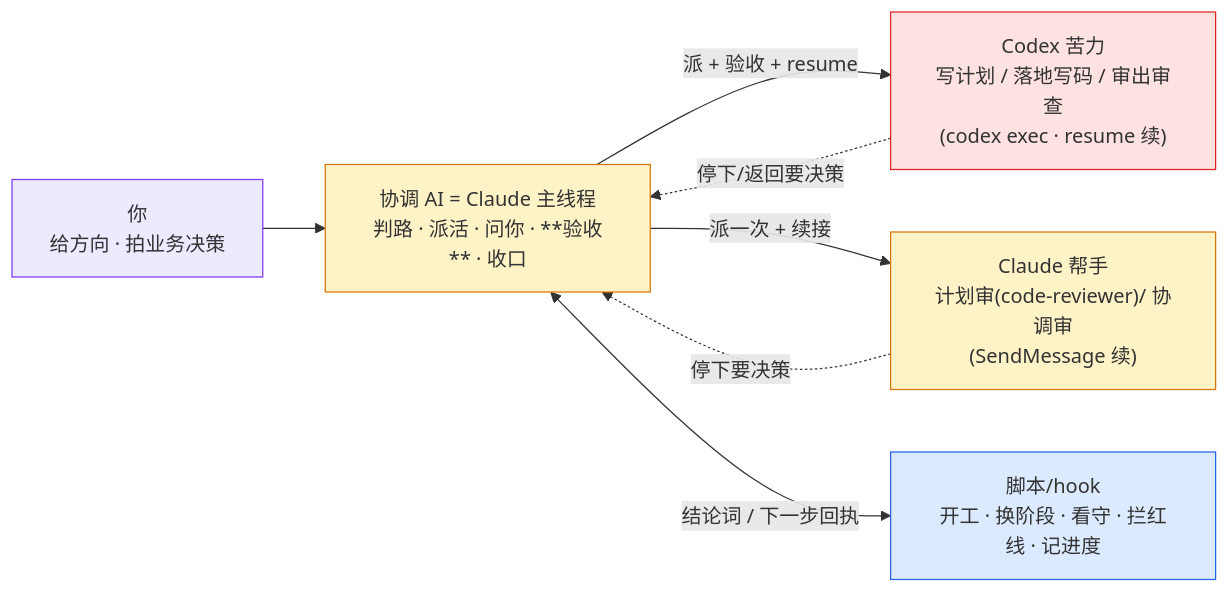
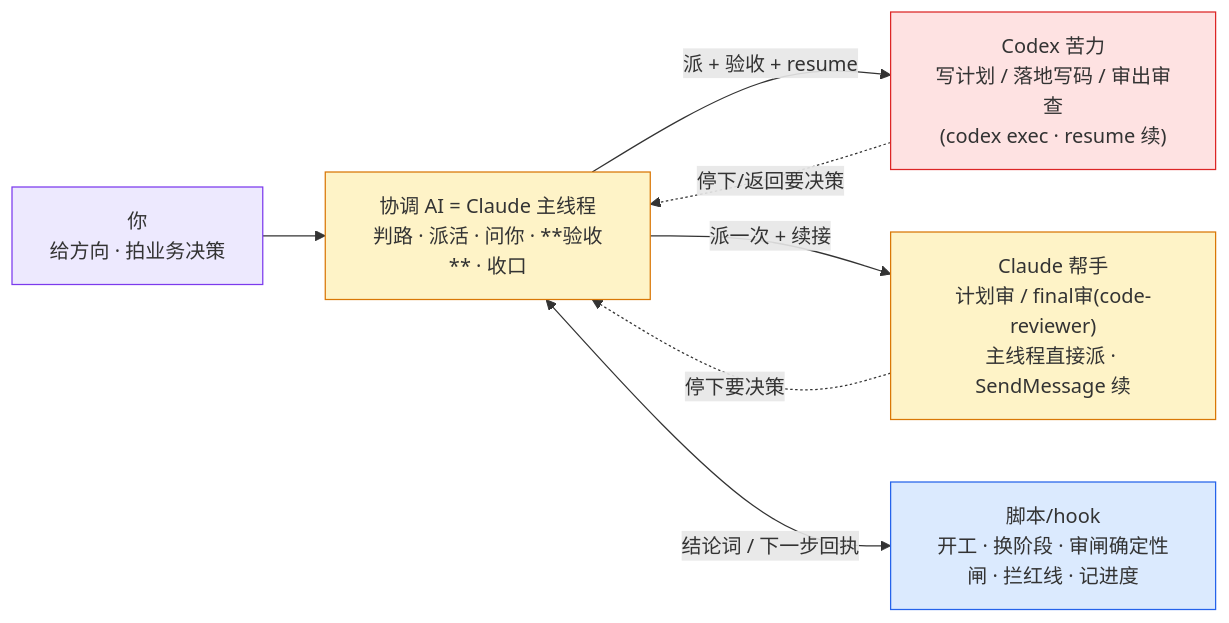
One commit to chancheuklap/multi-model-workflow changed the sixth of 10 diagrams in docs/plugin/OVERVIEW.md. Above: the diagram before and after it, drawn with Mermaid. The commit also changed other lines of this file, not shown here.

````diff
--- a/docs/plugin/OVERVIEW.md
+++ b/docs/plugin/OVERVIEW.md
@@ -298,20 +298,20 @@
 ```mermaid
 flowchart LR
     U["你<br/>给方向 · 拍业务决策"]:::p
     C["协调 AI = Claude 主线程<br/>判路 · 派活 · 问你 · **验收** · 收口"]:::ai
     X["Codex 苦力<br/>写计划 / 落地写码 / 审出审查<br/>(codex exec · resume 续)"]:::cx
-    W["Claude 帮手<br/>计划审(code-reviewer)/ 协调审<br/>(SendMessage 续)"]:::ai
-    K["脚本/hook<br/>开工 · 换阶段 · 看守 · 拦红线 · 记进度"]:::sh
+    W["Claude 帮手<br/>计划审 / final审(code-reviewer)<br/>主线程直接派 · SendMessage 续"]:::ai
+    K["脚本/hook<br/>开工 · 换阶段 · 审闸确定性闸 · 拦红线 · 记进度"]:::sh
 
     U --> C
     C -->|"派 + 验收 + resume"| X
     C -->|"派一次 + 续接"| W
     X -.->|"停下/返回要决策"| C
     W -.->|"停下要决策"| C
     C <-->|"结论词 / 下一步回执"| K
 
     classDef p fill:#ede9fe,stroke:#7c3aed
     classDef ai fill:#fef3c7,stroke:#d97706
     classDef cx fill:#fee2e2,stroke:#dc2626
     classDef sh fill:#dbeafe,stroke:#2563eb
 ```
````
